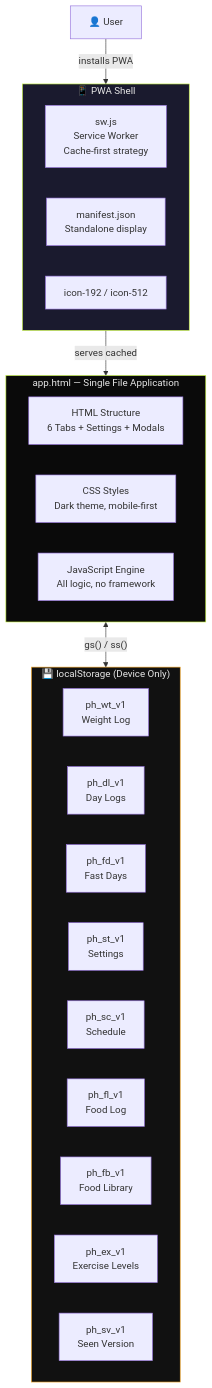
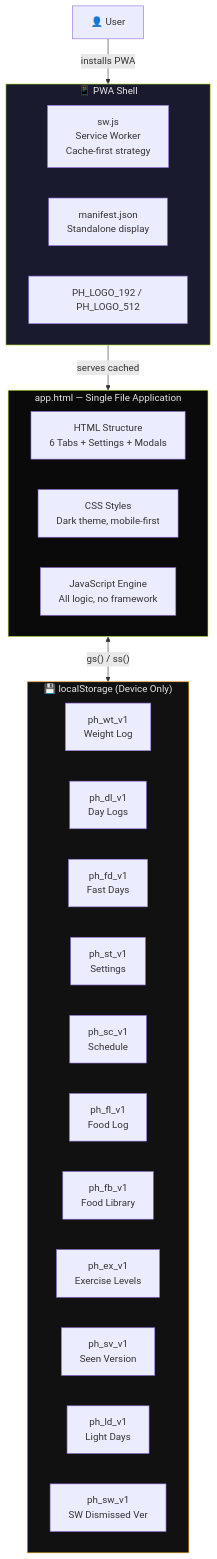
Before and after one commit to HIRAKHANJI/protocol-health: the first of 19 diagrams in ARCHITECTURE.md, drawn with Mermaid. The commit also changed 4 other files, not shown here.

````diff
--- a/ARCHITECTURE.md
+++ b/ARCHITECTURE.md
@@ -5,34 +5,36 @@
 ```mermaid
 graph TB
     subgraph PWA["📱 PWA Shell"]
         SW["sw.js<br/>Service Worker<br/>Cache-first strategy"]
         MAN["manifest.json<br/>Standalone display"]
-        ICONS["icon-192 / icon-512"]
+        ICONS["PH_LOGO_192 / PH_LOGO_512"]
     end
 
     subgraph APP["app.html — Single File Application"]
         HTML["HTML Structure<br/>6 Tabs + Settings + Modals"]
         CSS["CSS Styles<br/>Dark theme, mobile-first"]
         JS["JavaScript Engine<br/>All logic, no framework"]
     end
 
     subgraph STORAGE["💾 localStorage (Device Only)"]
         SK_WT["ph_wt_v1<br/>Weight Log"]
         SK_DL["ph_dl_v1<br/>Day Logs"]
         SK_FD["ph_fd_v1<br/>Fast Days"]
         SK_ST["ph_st_v1<br/>Settings"]
         SK_SC["ph_sc_v1<br/>Schedule"]
         SK_FL["ph_fl_v1<br/>Food Log"]
         SK_FB["ph_fb_v1<br/>Food Library"]
         SK_EX["ph_ex_v1<br/>Exercise Levels"]
         SK_SV["ph_sv_v1<br/>Seen Version"]
+        SK_LD["ph_ld_v1<br/>Light Days"]
+        SK_SW["ph_sw_v1<br/>SW Dismissed Ver"]
     end
 
     USER["👤 User"] -->|"installs PWA"| PWA
     PWA -->|"serves cached"| APP
     APP <-->|"gs() / ss()"| STORAGE
 
     style PWA fill:#1a1a2e,stroke:#c8f542,color:#e8e8e8
     style APP fill:#0a0a0a,stroke:#c8f542,color:#e8e8e8
     style STORAGE fill:#111111,stroke:#f5a623,color:#e8e8e8
 ```
````
